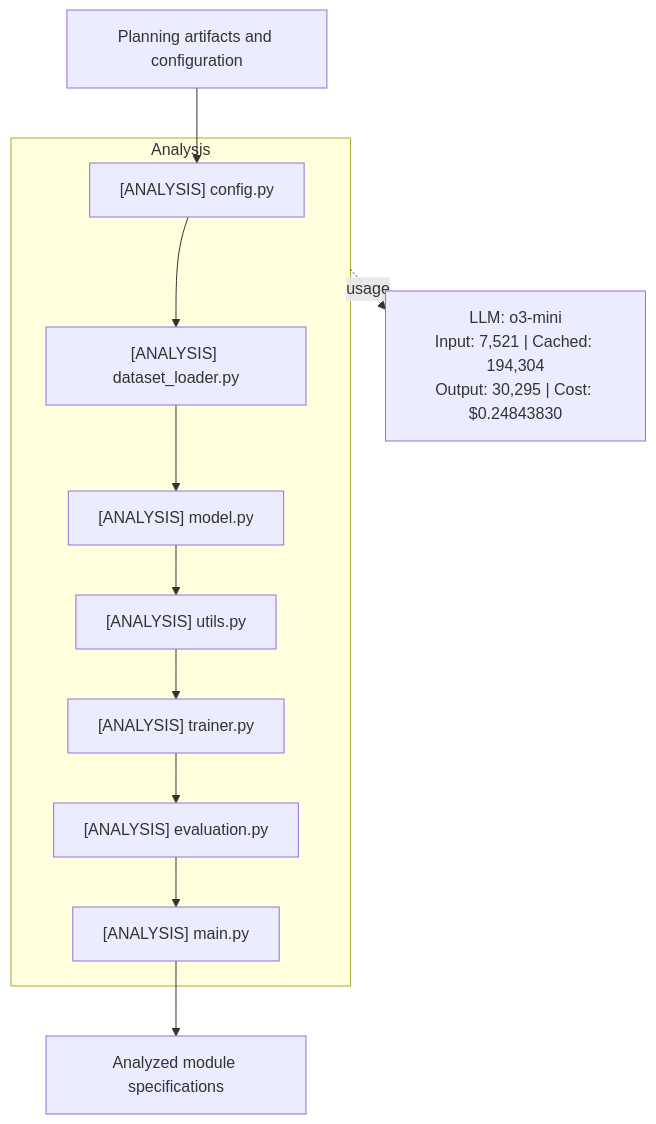
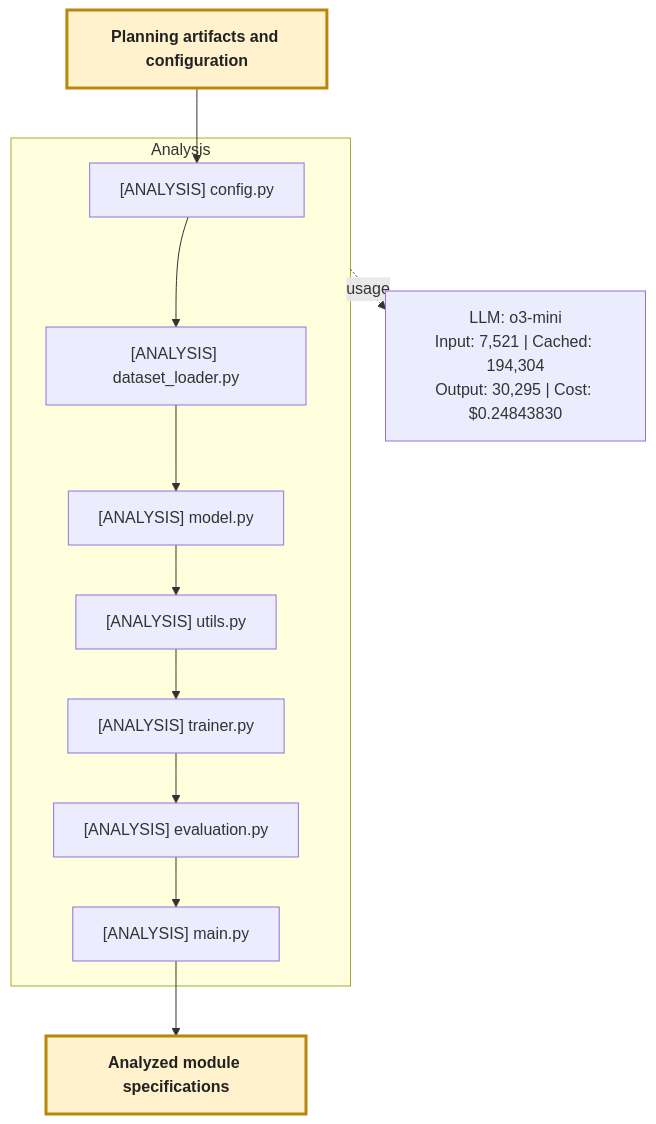
One commit to jimthompson5802/paper2code-ple changed the third of 6 diagrams in README.md. Above: the diagram before and after it, drawn with Mermaid. The commit also changed other lines of this file, not shown here.

Commit message:
Enhance flowchart styling in README.md for improved visual clarity and consistency

````diff
--- a/README.md
+++ b/README.md
@@ -100,15 +104,17 @@
 ```mermaid
 flowchart TB
   input[Planning artifacts and configuration]
   subgraph analysis["Analysis"]
     cfg["[ANALYSIS] config.py"] --> loader["[ANALYSIS] dataset_loader.py"] --> model["[ANALYSIS] model.py"] --> utils["[ANALYSIS] utils.py"]
     trainer["[ANALYSIS] trainer.py"] --> evaluation["[ANALYSIS] evaluation.py"] --> main["[ANALYSIS] main.py"]
     utils --> trainer
   end
   output[Analyzed module specifications]
 
   input --> cfg
   main --> output
+  classDef transition fill:#fff2cc,stroke:#b8860b,stroke-width:3px,color:#222,font-weight:bold
+  class input,output transition
   analysis_usage["LLM: o3-mini<br/>Input: 7,521 | Cached: 194,304<br/>Output: 30,295 | Cost: $0.24843830"]
   analysis -. usage .-> analysis_usage
 ```
````
